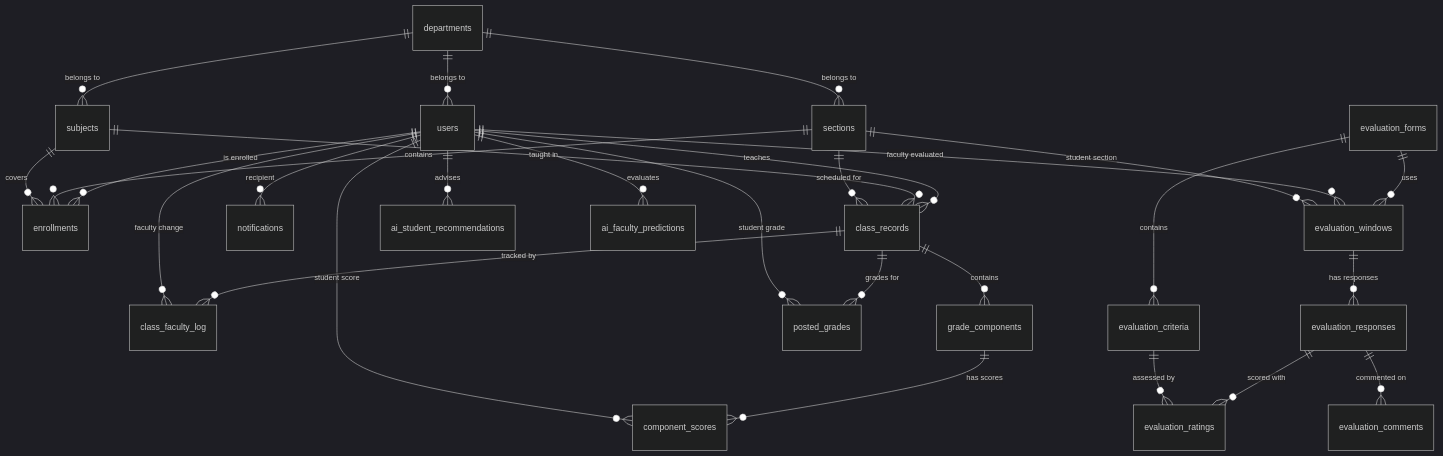
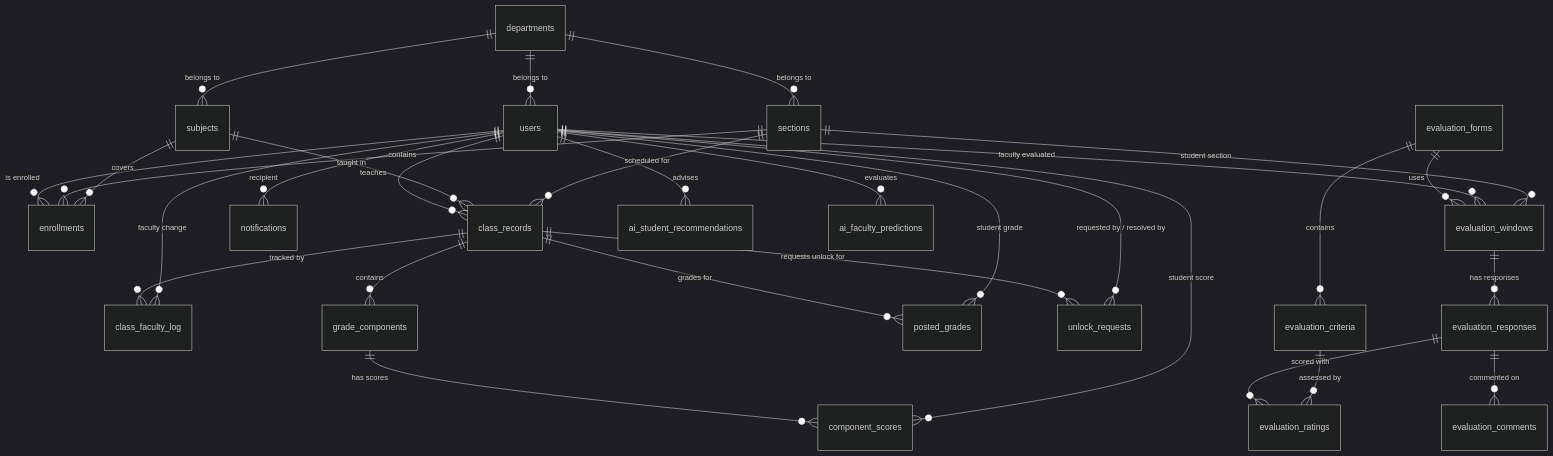
Before and after one commit to kurarensu16/sage: the diagram in SAGE_DATABASE_SCHEMA.md, drawn with Mermaid (dark theme). The commit also changed other lines of this file and 12 other files, not shown here.

````diff
--- a/SAGE_DATABASE_SCHEMA.md
+++ b/SAGE_DATABASE_SCHEMA.md
@@ -9,39 +9,42 @@
 ```mermaid
 erDiagram
     departments ||--o{ users : "belongs to"
     departments ||--o{ subjects : "belongs to"
     departments ||--o{ sections : "belongs to"
     
     users ||--o{ enrollments : "is enrolled"
     sections ||--o{ enrollments : "contains"
     subjects ||--o{ enrollments : "covers"
     
     users ||--o{ class_records : "teaches"
     subjects ||--o{ class_records : "taught in"
     sections ||--o{ class_records : "scheduled for"
     
     class_records ||--o{ class_faculty_log : "tracked by"
     users ||--o{ class_faculty_log : "faculty change"
     
     class_records ||--o{ grade_components : "contains"
     grade_components ||--o{ component_scores : "has scores"
     users ||--o{ component_scores : "student score"
     
     class_records ||--o{ posted_grades : "grades for"
     users ||--o{ posted_grades : "student grade"
     
+    class_records ||--o{ unlock_requests : "requests unlock for"
+    users ||--o{ unlock_requests : "requested by / resolved by"
+    
     users ||--o{ notifications : "recipient"
     
     evaluation_forms ||--o{ evaluation_criteria : "contains"
     evaluation_forms ||--o{ evaluation_windows : "uses"
     users ||--o{ evaluation_windows : "faculty evaluated"
     sections ||--o{ evaluation_windows : "student section"
     
     evaluation_windows ||--o{ evaluation_responses : "has responses"
     evaluation_responses ||--o{ evaluation_ratings : "scored with"
     evaluation_criteria ||--o{ evaluation_ratings : "assessed by"
     evaluation_responses ||--o{ evaluation_comments : "commented on"
     
     users ||--o{ ai_student_recommendations : "advises"
     users ||--o{ ai_faculty_predictions : "evaluates"
 ```
````
